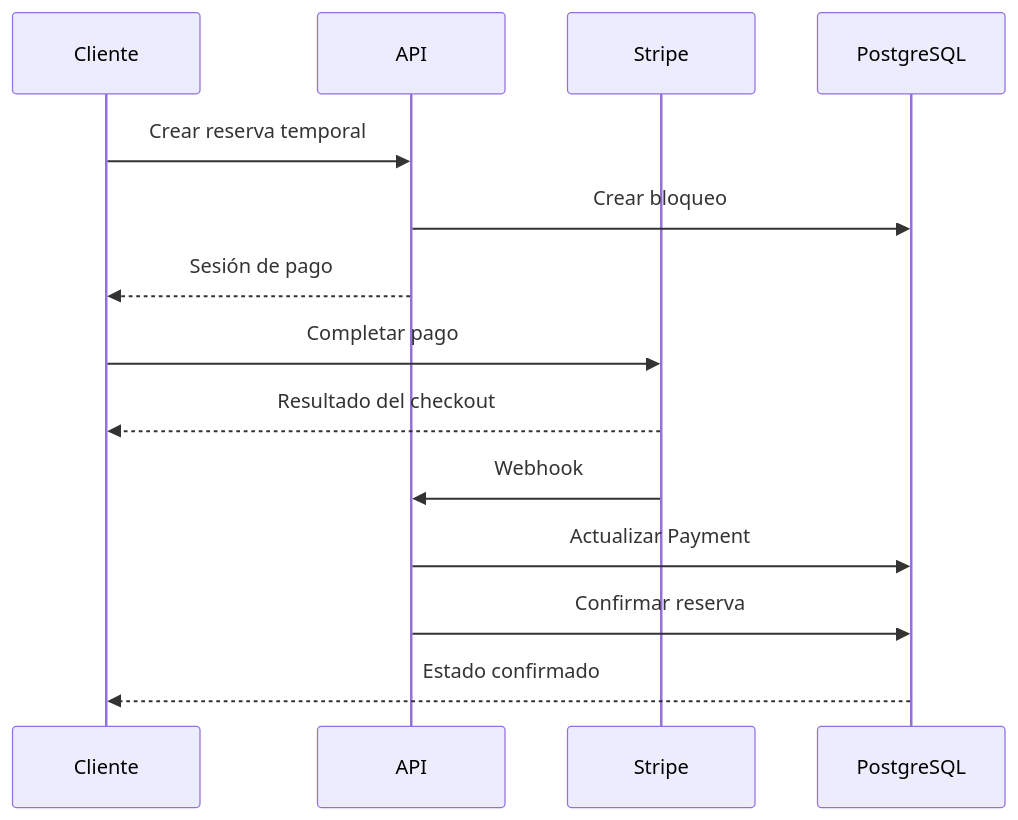
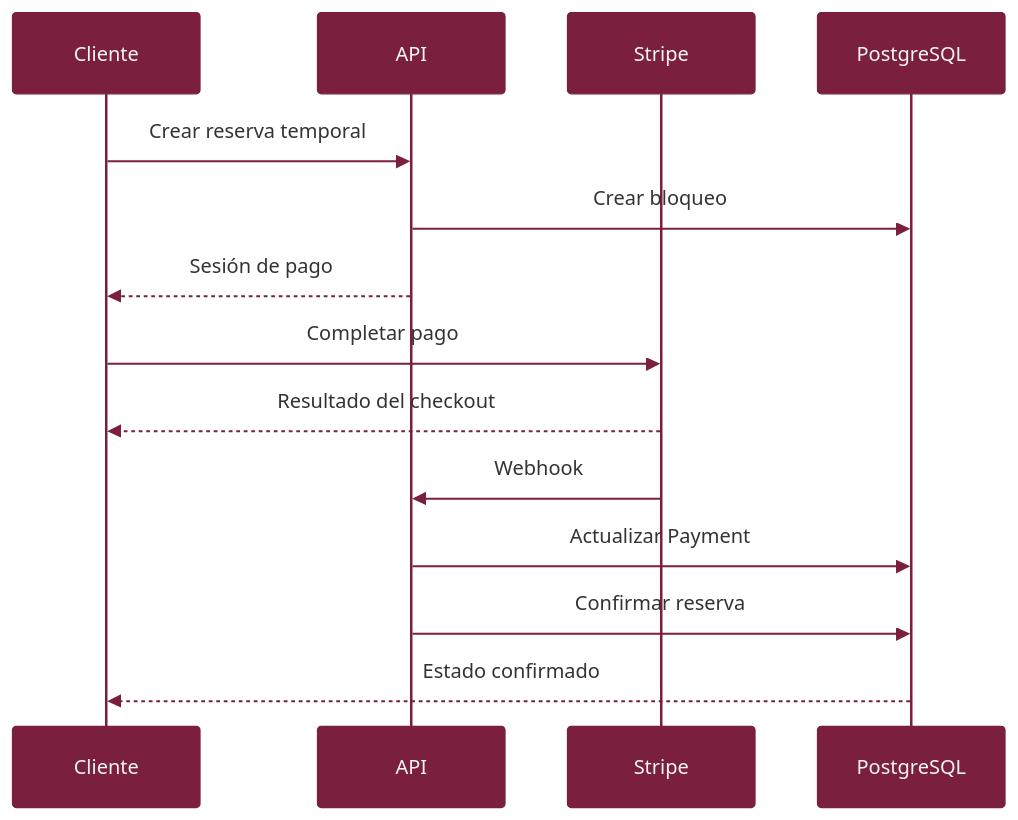
One commit to LaoraSad/omegaComplex changed the fourth of 8 diagrams in README.md. Above: the diagram before and after it, drawn with Mermaid. The commit also changed other lines of this file and 8 other files, not shown here.

````diff
--- a/README.md
+++ b/README.md
@@ -449,20 +317,18 @@
 ```mermaid
+%%{init: {'theme':'base','themeVariables':{'actorBkg':'#7A1F3D','actorTextColor':'#F5F5F5','actorBorder':'#7A1F3D','signalColor':'#7A1F3D','noteBkgColor':'#C8A96B'}}}%%
 sequenceDiagram
     participant C as Cliente
     participant A as API
     participant S as Stripe
     participant DB as PostgreSQL
 
     C->>A: Crear reserva temporal
     A->>DB: Crear bloqueo
     A-->>C: Sesión de pago
-
     C->>S: Completar pago
     S-->>C: Resultado del checkout
-
     S->>A: Webhook
     A->>DB: Actualizar Payment
     A->>DB: Confirmar reserva
-
     DB-->>C: Estado confirmado
 ```
````
